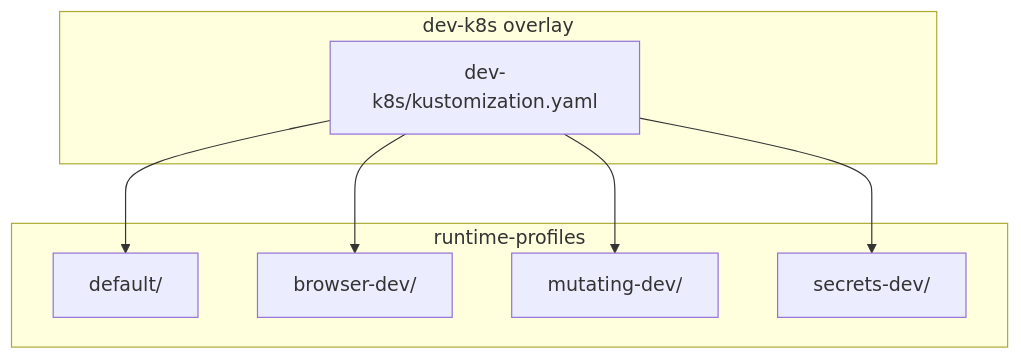
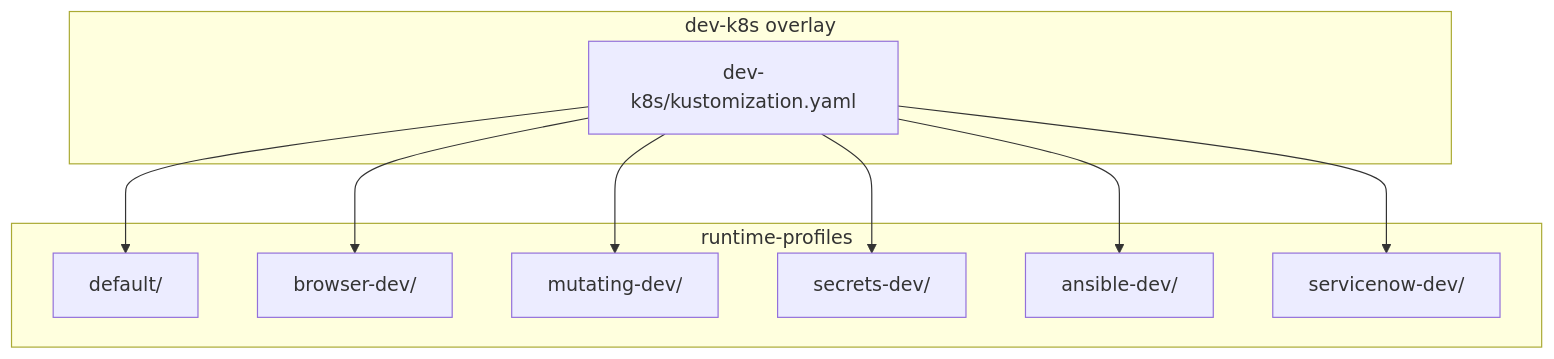
The first of 8 diagrams in .qoder/repowiki/en/content/Deployment and Operations/Kubernetes Deployment/Runtime Profiles.md (metasync/luban-aiops), drawn with Mermaid before and after one commit. The commit also changed other lines of this file and 24 other files, not shown here.

````diff
--- a/.qoder/repowiki/en/content/Deployment and Operations/Kubernetes Deployment/Runtime Profiles.md
+++ b/.qoder/repowiki/en/content/Deployment and Operations/Kubernetes Deployment/Runtime Profiles.md
@@ -56,16 +67,20 @@
 ```mermaid
 graph TB
 subgraph "dev-k8s overlay"
 D["dev-k8s/kustomization.yaml"]
 end
 subgraph "runtime-profiles"
 DEF["default/"]
 BR["browser-dev/"]
 MUT["mutating-dev/"]
 SEC["secrets-dev/"]
+ANS["ansible-dev/"]
+SN["servicenow-dev/"]
 end
 D --> DEF
 D --> BR
 D --> MUT
 D --> SEC
+D --> ANS
+D --> SN
 ```
````
